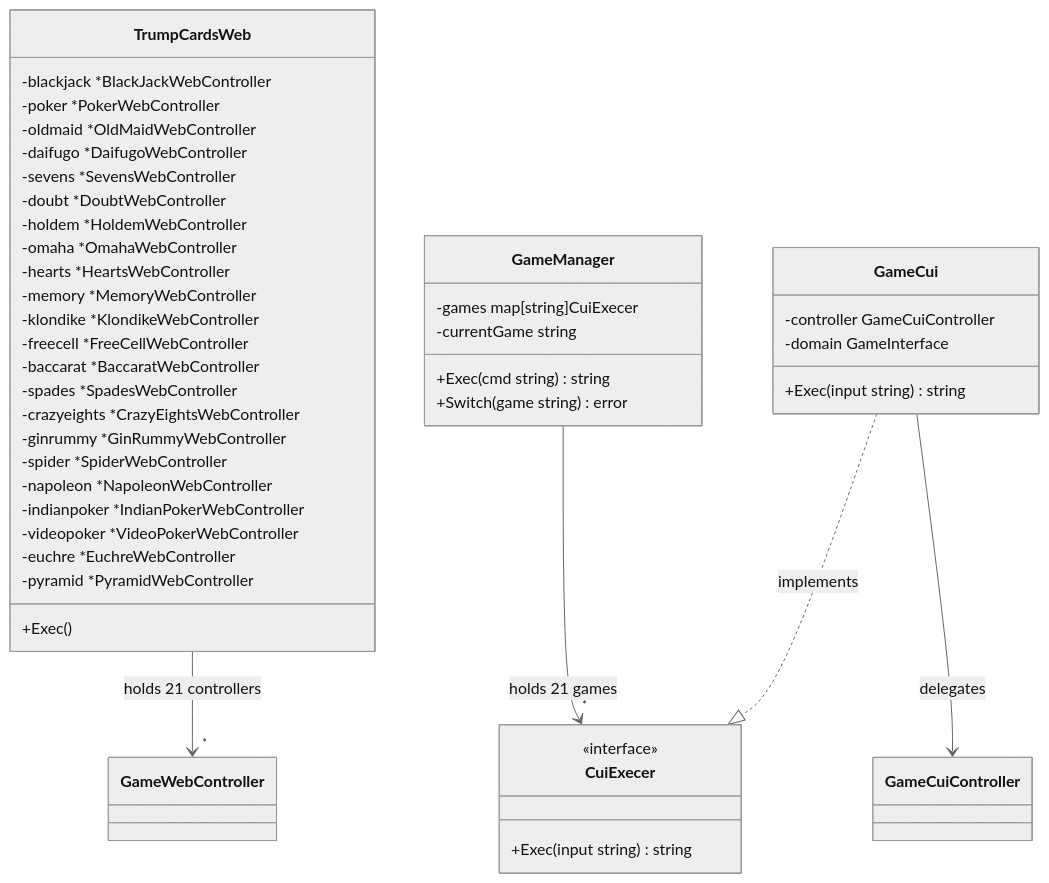
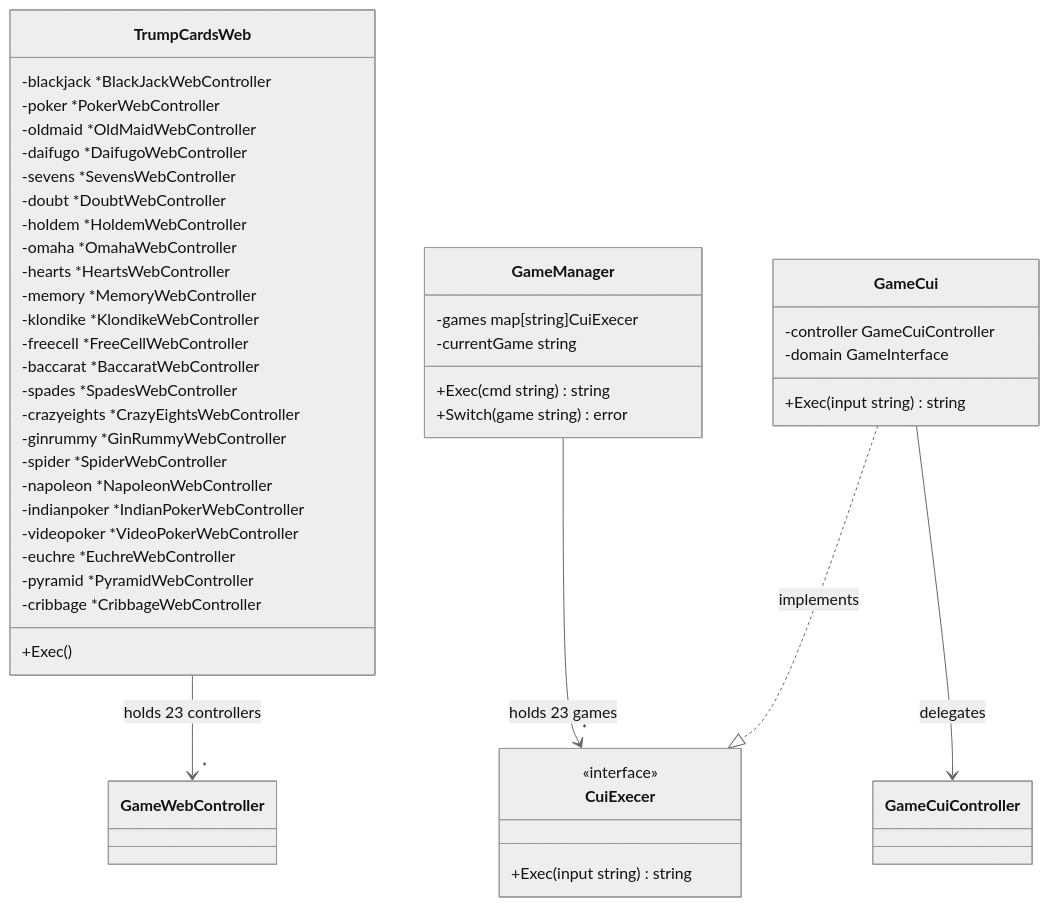
Before and after one commit to yuta-yoshinaga/go_trumpcards: diagram 11 of 32 in docs/design/backend.md, drawn with Mermaid (neutral theme). The commit also changed other lines of this file and 54 other files, not shown here.

First line of the commit message:
feat: add Cribbage (クリベッジ) card game

````diff
--- a/docs/design/backend.md
+++ b/docs/design/backend.md
@@ -771,51 +791,52 @@
 ```mermaid
 classDiagram
     class TrumpCardsWeb {
         -blackjack *BlackJackWebController
         -poker *PokerWebController
         -oldmaid *OldMaidWebController
         -daifugo *DaifugoWebController
         -sevens *SevensWebController
         -doubt *DoubtWebController
         -holdem *HoldemWebController
         -omaha *OmahaWebController
         -hearts *HeartsWebController
         -memory *MemoryWebController
         -klondike *KlondikeWebController
         -freecell *FreeCellWebController
         -baccarat *BaccaratWebController
         -spades *SpadesWebController
         -crazyeights *CrazyEightsWebController
         -ginrummy *GinRummyWebController
         -spider *SpiderWebController
         -napoleon *NapoleonWebController
         -indianpoker *IndianPokerWebController
         -videopoker *VideoPokerWebController
         -euchre *EuchreWebController
         -pyramid *PyramidWebController
+        -cribbage *CribbageWebController
         +Exec()
     }
 
     class GameManager {
         -games map[string]CuiExecer
         -currentGame string
         +Exec(cmd string) string
         +Switch(game string) error
     }
 
     class CuiExecer {
         <<interface>>
         +Exec(input string) string
     }
 
     class GameCui {
         -controller GameCuiController
         -domain GameInterface
         +Exec(input string) string
     }
 
-    TrumpCardsWeb --> "*" GameWebController : holds 21 controllers
-    GameManager --> "*" CuiExecer : holds 21 games
+    TrumpCardsWeb --> "*" GameWebController : holds 23 controllers
+    GameManager --> "*" CuiExecer : holds 23 games
     GameCui ..|> CuiExecer : implements
     GameCui --> GameCuiController : delegates
 ```
````
